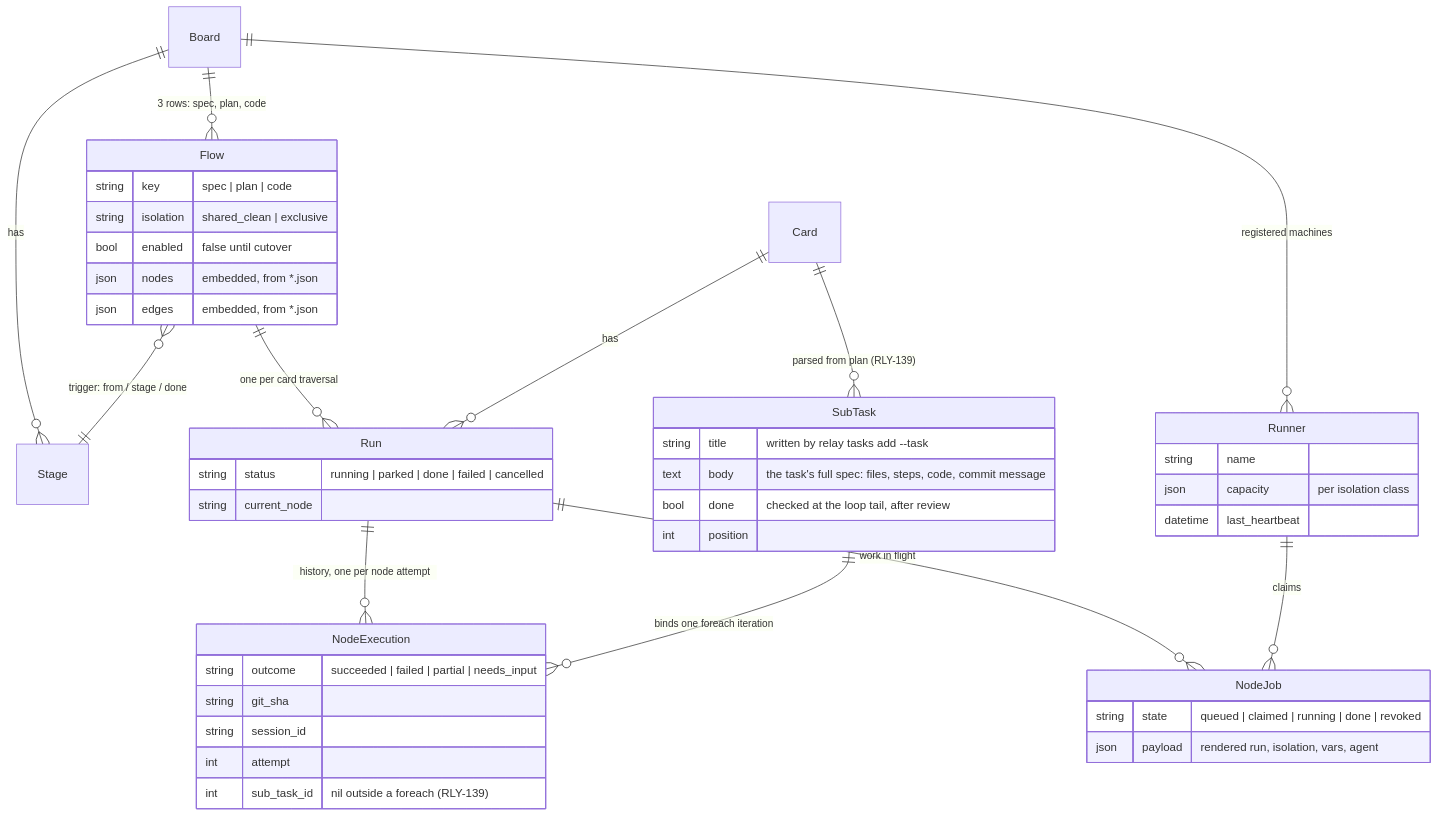
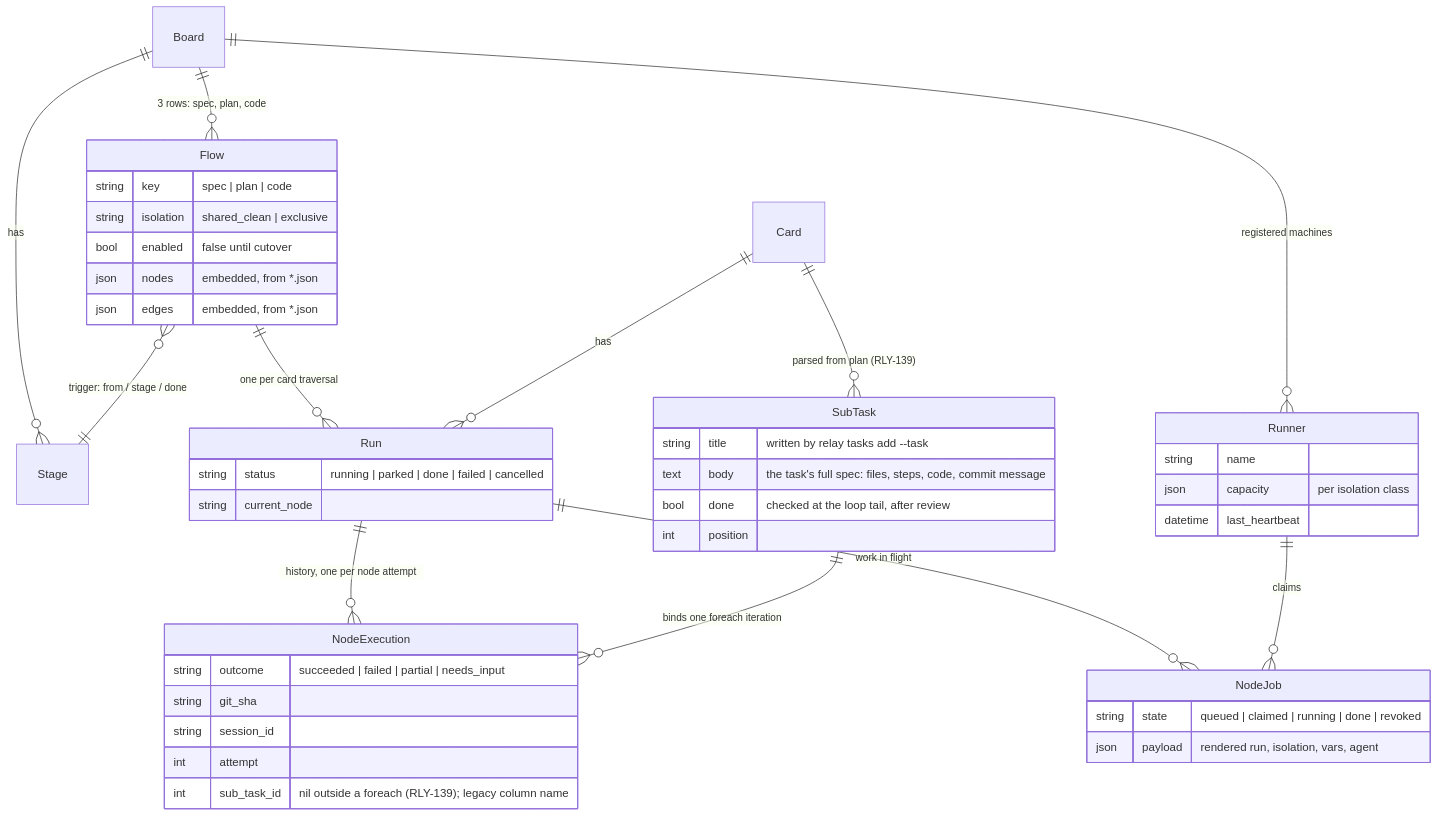
The diagram in docs/designs/flows/worked-example.md (jeremylightsmith/relay), drawn with Mermaid before and after one commit. The commit also changed other lines of this file and 43 other files, not shown here.

First line of the commit message:
re 367 rename sub tasks to tasks in the flow co (#276)

````diff
--- a/docs/designs/flows/worked-example.md
+++ b/docs/designs/flows/worked-example.md
@@ -207,48 +207,48 @@
 ```mermaid
 erDiagram
     Board ||--o{ Stage : has
     Board ||--o{ Flow : "3 rows: spec, plan, code"
     Flow }o--|| Stage : "trigger: from / stage / done"
     Flow ||--o{ Run : "one per card traversal"
     Card ||--o{ Run : has
     Card ||--o{ SubTask : "parsed from plan (RLY-139)"
     Run ||--o{ NodeExecution : "history, one per node attempt"
     Run ||--o{ NodeJob : "work in flight"
     SubTask ||--o{ NodeExecution : "binds one foreach iteration"
     Runner ||--o{ NodeJob : claims
     Board ||--o{ Runner : "registered machines"
 
     Flow {
         string key "spec | plan | code"
         string isolation "shared_clean | exclusive"
         bool enabled "false until cutover"
         json nodes "embedded, from *.json"
         json edges "embedded, from *.json"
     }
     Run {
         string status "running | parked | done | failed | cancelled"
         string current_node
     }
     SubTask {
         string title "written by relay tasks add --task"
         text body "the task's full spec: files, steps, code, commit message"
         bool done "checked at the loop tail, after review"
         int position
     }
     NodeExecution {
         string outcome "succeeded | failed | partial | needs_input"
         string git_sha
         string session_id
         int attempt
-        int sub_task_id "nil outside a foreach (RLY-139)"
+        int sub_task_id "nil outside a foreach (RLY-139); legacy column name"
     }
     NodeJob {
         string state "queued | claimed | running | done | revoked"
         json payload "rendered run, isolation, vars, agent"
     }
     Runner {
         string name
         json capacity "per isolation class"
         datetime last_heartbeat
     }
 ```
````
